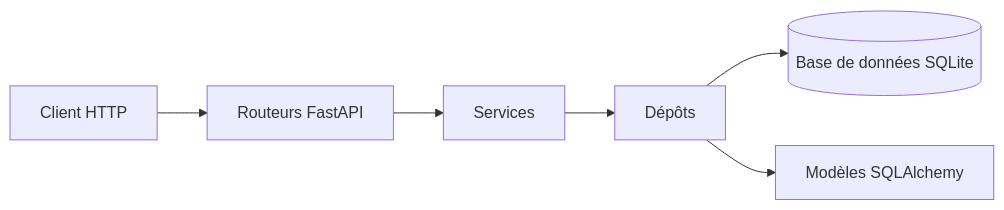
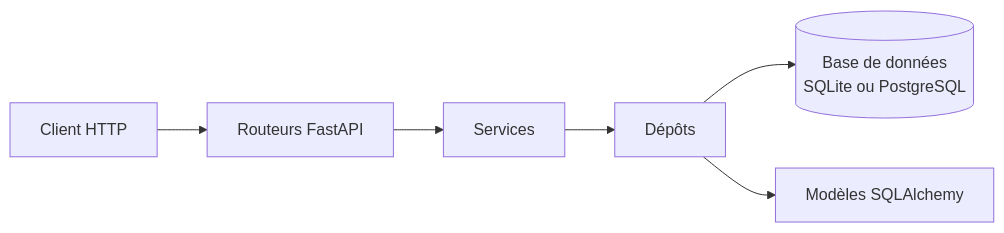
One commit to hassanasma501-cloud/api-jeux-gr1 changed the diagram in README.md. Above: the diagram before and after it, drawn with Mermaid.

Commit message:
docs(readme): indiquer les deux bases possibles dans le schéma

````diff
--- a/README.md
+++ b/README.md
@@ -101,8 +101,8 @@
 ```mermaid
 flowchart LR
     Client[Client HTTP] --> Routeurs[Routeurs FastAPI]
     Routeurs --> Services[Services]
     Services --> Depots[Dépôts]
-    Depots --> Base[(Base de données SQLite)]
+    Depots --> Base[(Base de données<br/>SQLite ou PostgreSQL)]
     Depots --> Tables[Modèles SQLAlchemy]
 ```
````
